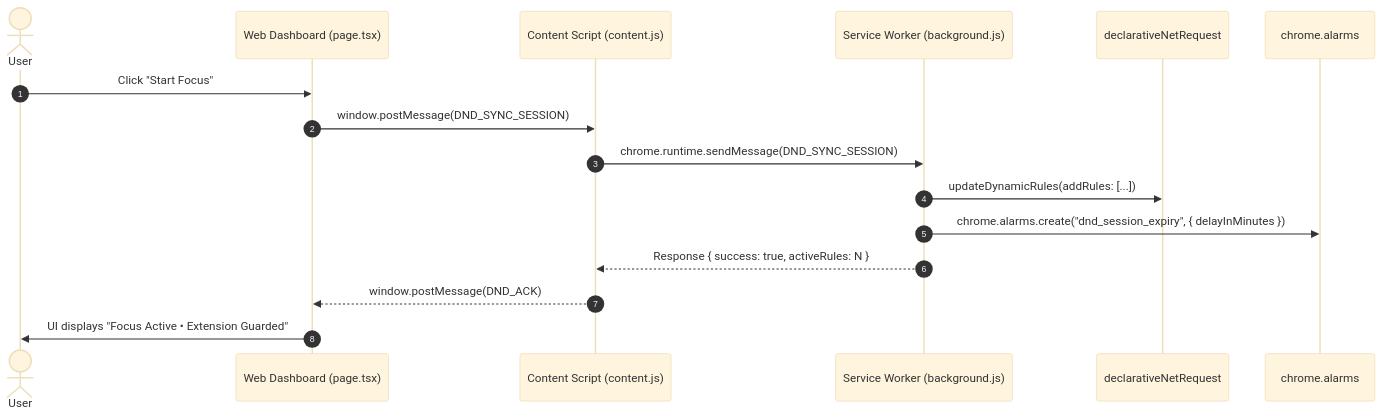
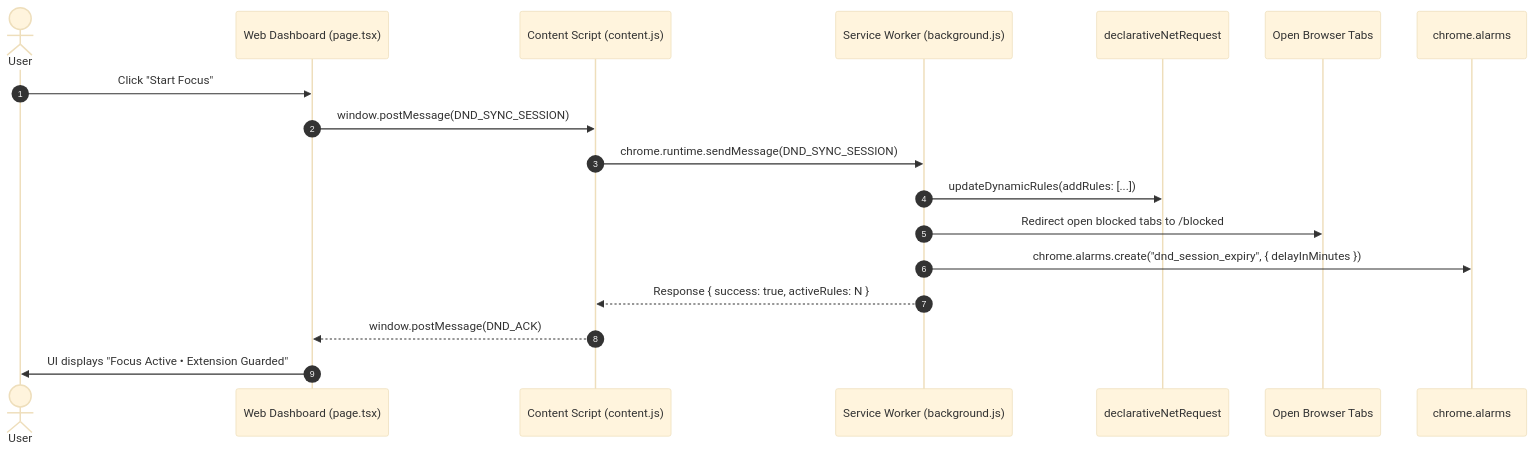
The second of 2 diagrams in docs/architecture.md (LeoDivine/do-not-disturb), drawn with Mermaid (base theme) before and after one commit. The commit also changed other lines of this file and 16 other files, not shown here.

````diff
--- a/docs/architecture.md
+++ b/docs/architecture.md
@@ -156,19 +158,21 @@
 ```mermaid
 sequenceDiagram
     autonumber
     actor User
     participant WebApp as Web Dashboard (page.tsx)
     participant Content as Content Script (content.js)
     participant Worker as Service Worker (background.js)
     participant DNR as declarativeNetRequest
+    participant Tabs as Open Browser Tabs
     participant Alarm as chrome.alarms
 
     User->>WebApp: Click "Start Focus"
     WebApp->>Content: window.postMessage(DND_SYNC_SESSION)
     Content->>Worker: chrome.runtime.sendMessage(DND_SYNC_SESSION)
     Worker->>DNR: updateDynamicRules(addRules: [...])
+    Worker->>Tabs: Redirect open blocked tabs to /blocked
     Worker->>Alarm: chrome.alarms.create("dnd_session_expiry", { delayInMinutes })
     Worker-->>Content: Response { success: true, activeRules: N }
     Content-->>WebApp: window.postMessage(DND_ACK)
     WebApp->>User: UI displays "Focus Active • Extension Guarded"
 ```
````
